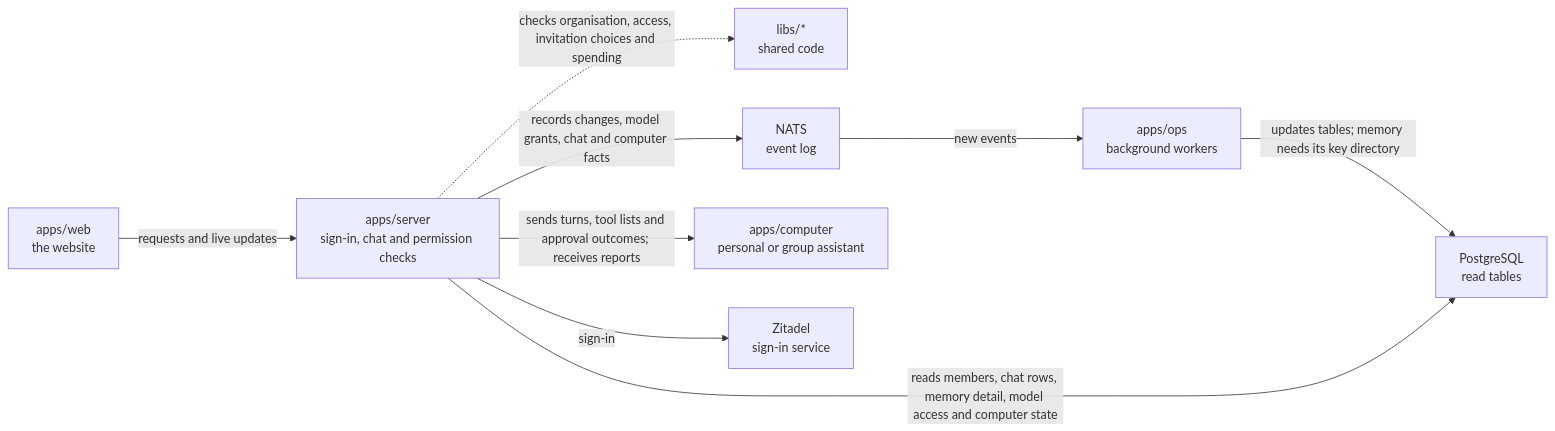
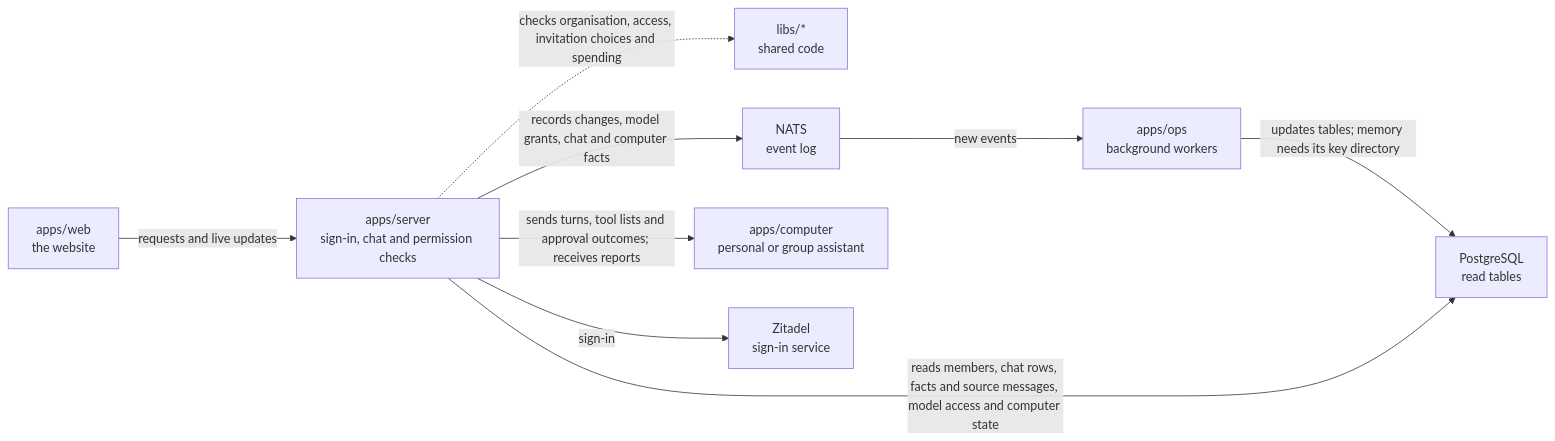
One commit to elewa-git/opencrane-new changed the diagram in apps/server/README.md. Above: the diagram before and after it, drawn with Mermaid. The commit also changed other lines of this file and 8 other files, not shown here.

Commit message:
🔎 Return unavailable facts and check memory sources before lookup

````diff
--- a/apps/server/README.md
+++ b/apps/server/README.md
@@ -11,11 +11,11 @@
 ```mermaid
 flowchart LR
   web["apps/web<br/>the website"] -->|requests and live updates| server["apps/server<br/>sign-in, chat and permission checks"]
   server -.->|checks organisation, access, invitation choices and spending| libs["libs/*<br/>shared code"]
   server -->|records changes, model grants, chat and computer facts| nats["NATS<br/>event log"]
   nats -->|new events| ops["apps/ops<br/>background workers"]
   ops -->|updates tables; memory needs its key directory| postgres["PostgreSQL<br/>read tables"]
-  server -->|reads members, chat rows, memory detail, model access and computer state| postgres
+  server -->|reads members, chat rows, facts and source messages, model access and computer state| postgres
   server -->|sends turns, tool lists and approval outcomes; receives reports| computer["apps/computer<br/>personal or group assistant"]
   server -->|sign-in| zitadel["Zitadel<br/>sign-in service"]
 ```
````
